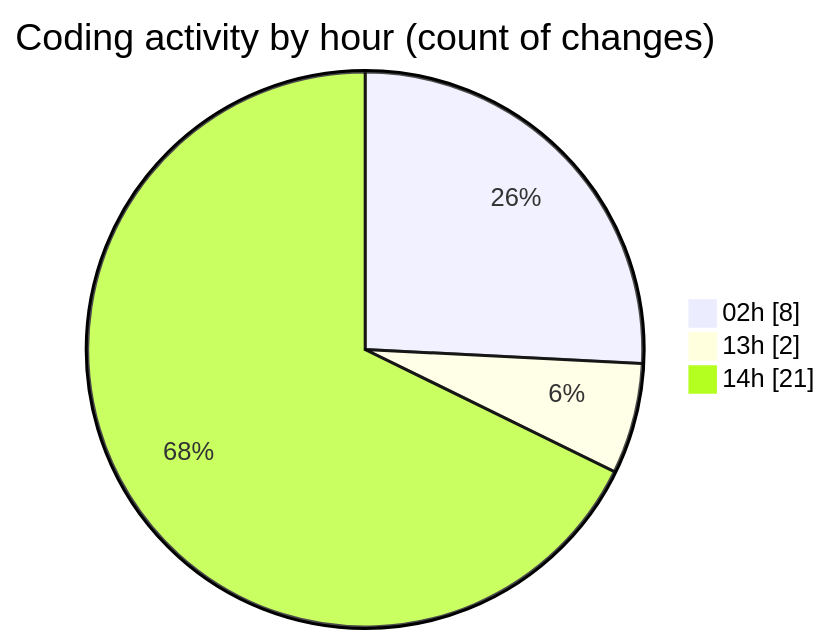
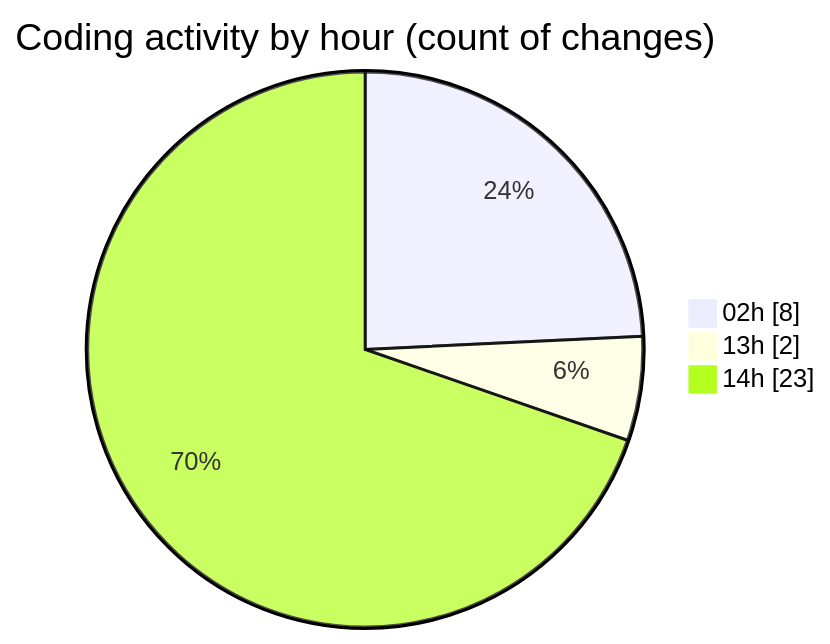
One commit to donsfak/code-tracking changed the second of 2 diagrams in 2025-02-16/trackers_app/README.md. Above: the diagram before and after it, drawn with Mermaid. The commit also changed other lines of this file and 1 other file, not shown here.

````diff
--- a/2025-02-16/trackers_app/README.md
+++ b/2025-02-16/trackers_app/README.md
@@ -33,7 +34,7 @@
 ```mermaid
 pie showData
 title Coding activity by hour (count of changes)
 "02h" : 8
 "13h" : 2
-"14h" : 21
+"14h" : 23
 ```
````
